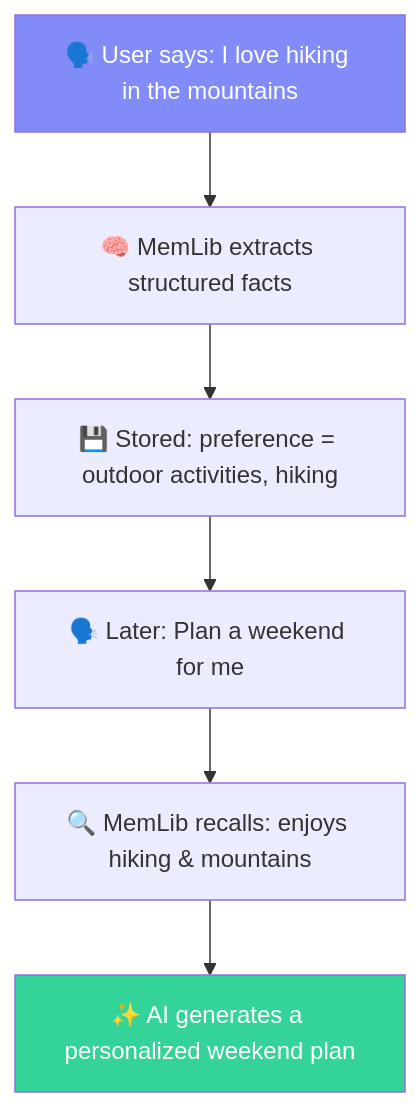
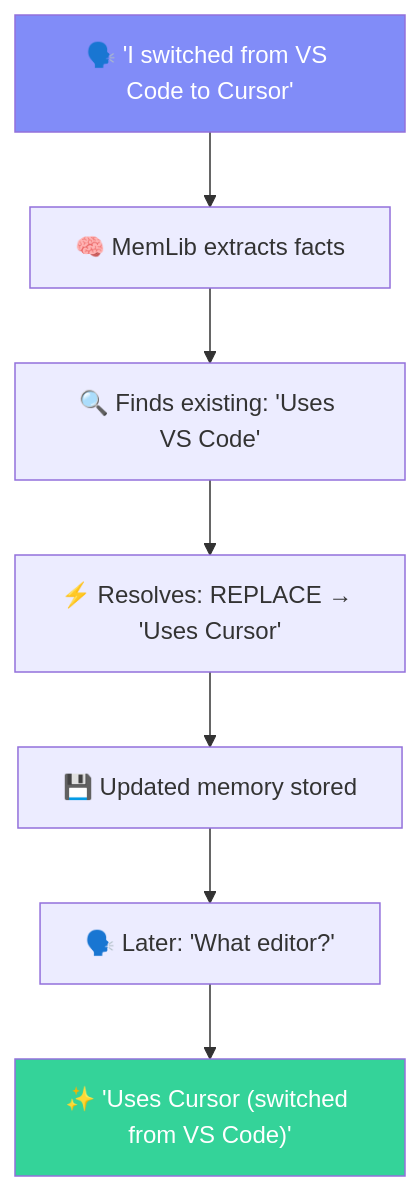
One commit to iamanishroy/memlib changed the diagram in apps/web/content/docs/index.mdx. Above: the diagram before and after it, drawn with Mermaid. The commit also changed other lines of this file and 44 other files, not shown here.

````diff
--- a/apps/web/content/docs/index.mdx
+++ b/apps/web/content/docs/index.mdx
@@ -20,11 +25,12 @@
 ```mermaid
 flowchart TD
-    A["🗣️ User says: I love hiking in the mountains"] --> B["🧠 MemLib extracts structured facts"]
-    B --> C["💾 Stored: preference = outdoor activities, hiking"]
-    C --> D["🗣️ Later: Plan a weekend for me"]
-    D --> E["🔍 MemLib recalls: enjoys hiking & mountains"]
-    E --> F["✨ AI generates a personalized weekend plan"]
+    A["🗣️ 'I switched from VS Code to Cursor'"] --> B["🧠 MemLib extracts facts"]
+    B --> C["🔍 Finds existing: 'Uses VS Code'"]
+    C --> D["⚡ Resolves: REPLACE → 'Uses Cursor'"]
+    D --> E["💾 Updated memory stored"]
+    E --> F["🗣️ Later: 'What editor?'"]
+    F --> G["✨ 'Uses Cursor (switched from VS Code)'"]
 
     style A fill:#818cf8,color:#fff
-    style F fill:#34d399,color:#fff
+    style G fill:#34d399,color:#fff
 ```
````
